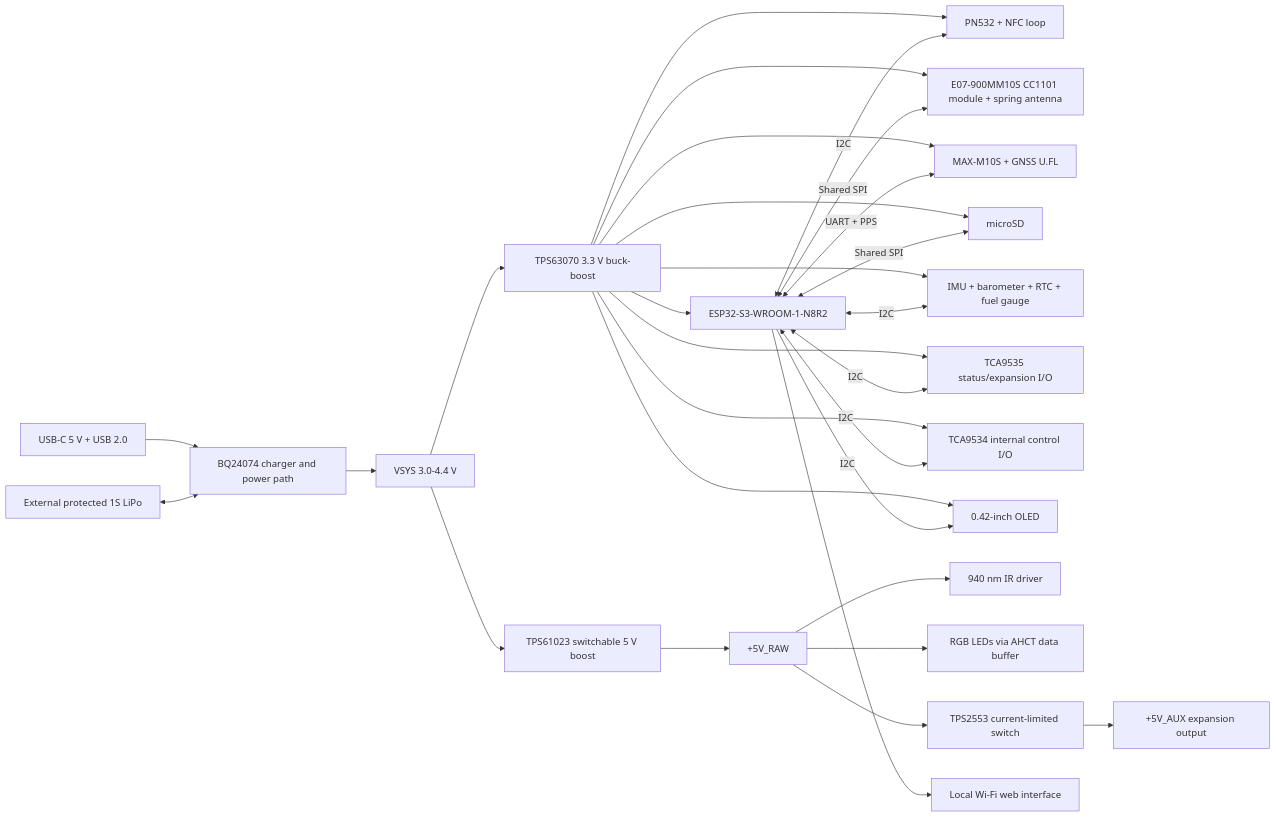
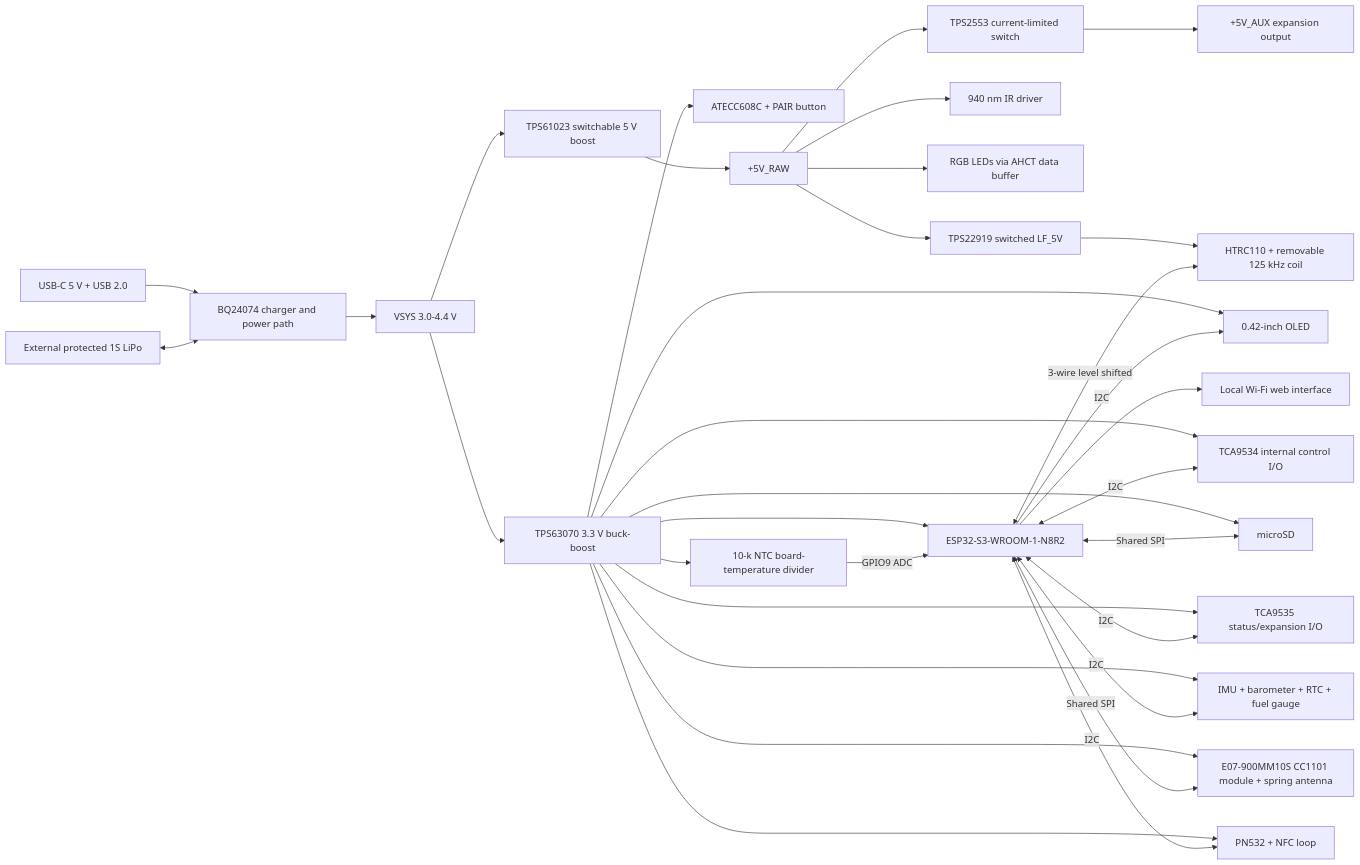
Before and after one commit to Jebroa774/PocketLab-Card: the diagram in docs/architecture.md, drawn with Mermaid. The commit also changed other lines of this file and 62 other files, not shown here.

````diff
--- a/docs/architecture.md
+++ b/docs/architecture.md
@@ -5,34 +5,38 @@
 ```mermaid
 flowchart LR
     USB[USB-C 5 V + USB 2.0] --> CHG[BQ24074 charger and power path]
     BAT[External protected 1S LiPo] <--> CHG
     CHG --> SYS[VSYS 3.0-4.4 V]
     SYS --> REG33[TPS63070 3.3 V buck-boost]
     SYS --> REG5[TPS61023 switchable 5 V boost]
 
     REG33 --> MCU[ESP32-S3-WROOM-1-N8R2]
     REG33 --> NFC[PN532 + NFC loop]
     REG33 --> SUB[E07-900MM10S CC1101 module + spring antenna]
-    REG33 --> GPS[MAX-M10S + GNSS U.FL]
+    REG33 --> SEC[ATECC608C + PAIR button]
     REG33 --> SD[microSD]
     REG33 --> SENS[IMU + barometer + RTC + fuel gauge]
+    REG33 --> TEMP[10-k NTC board-temperature divider]
     REG33 --> IOX[TCA9535 status/expansion I/O]
     REG33 --> CTL[TCA9534 internal control I/O]
     REG33 --> OLED[0.42-inch OLED]
 
     REG5 --> RAW[+5V_RAW]
     RAW --> IR[940 nm IR driver]
     RAW --> RGB[RGB LEDs via AHCT data buffer]
     RAW --> LIM[TPS2553 current-limited switch]
+    RAW --> LFSW[TPS22919 switched LF_5V]
+    LFSW --> LF[HTRC110 + removable 125 kHz coil]
     LIM --> AUX[+5V_AUX expansion output]
 
     MCU <-->|I2C| NFC
     MCU <-->|I2C| SENS
     MCU <-->|I2C| IOX
     MCU <-->|I2C| CTL
+    TEMP -->|GPIO9 ADC| MCU
     MCU -->|I2C| OLED
     MCU <-->|Shared SPI| SUB
     MCU <-->|Shared SPI| SD
-    MCU <-->|UART + PPS| GPS
+    MCU <-->|3-wire level shifted| LF
     MCU --> WEB[Local Wi-Fi web interface]
 ```
````
